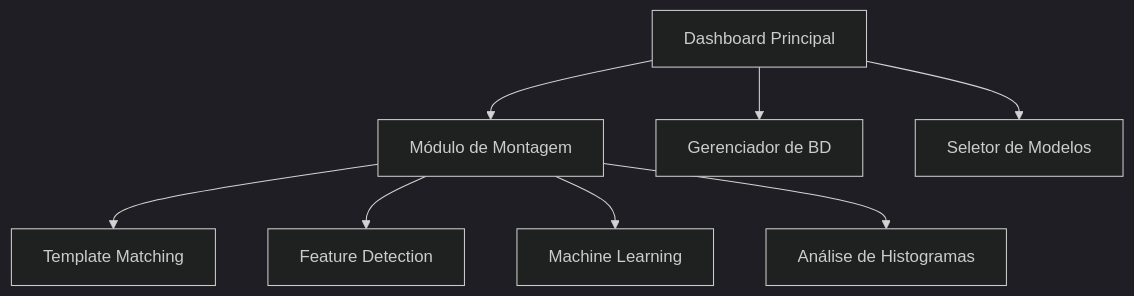
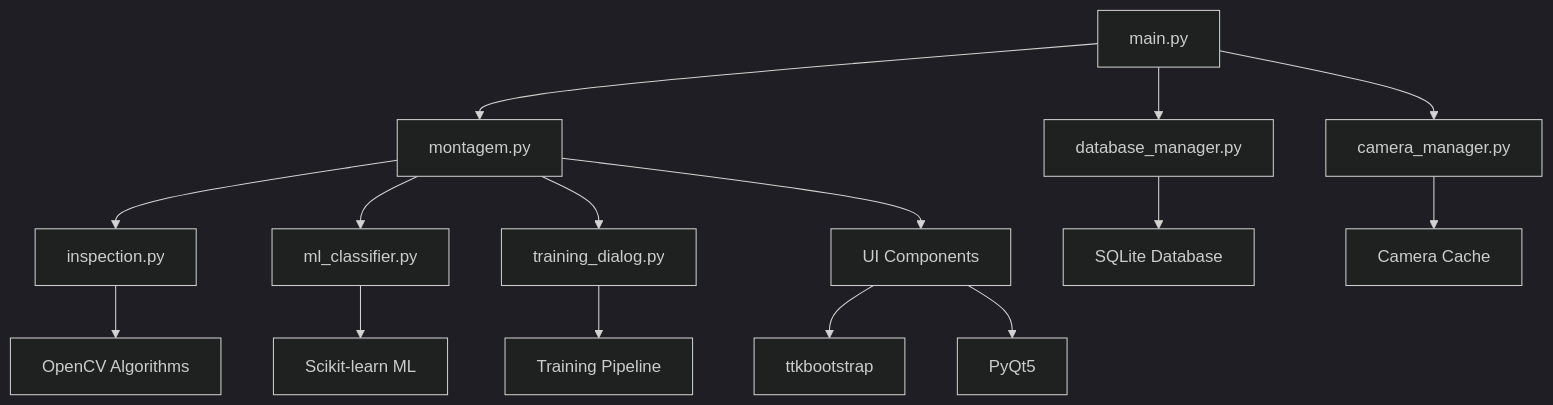
Before and after one commit to walterrvf/DX-Project-Cursor-: the diagram in README.md, drawn with Mermaid (dark theme). The commit also changed other lines of this file, not shown here.

````diff
--- a/README.md
+++ b/README.md
@@ -43,10 +111,21 @@
 ```mermaid
 graph TB
-    A[Dashboard Principal] --> B[Módulo de Montagem]
-    A --> C[Gerenciador de BD]
-    A --> D[Seletor de Modelos]
-    B --> E[Template Matching]
-    B --> F[Feature Detection]
-    B --> G[Machine Learning]
-    B --> H[Análise de Histogramas]
+    A[main.py] --> B[montagem.py]
+    A --> C[database_manager.py]
+    A --> D[camera_manager.py]
+    
+    B --> E[inspection.py]
+    B --> F[ml_classifier.py]
+    B --> G[training_dialog.py]
+    
+    C --> H[SQLite Database]
+    D --> I[Camera Cache]
+    
+    E --> J[OpenCV Algorithms]
+    F --> K[Scikit-learn ML]
+    G --> L[Training Pipeline]
+    
+    B --> M[UI Components]
+    M --> N[ttkbootstrap]
+    M --> O[PyQt5]
 ```
````
